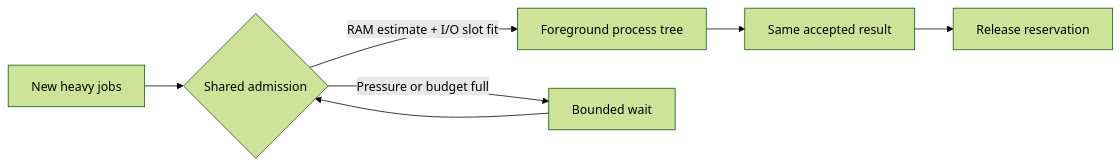
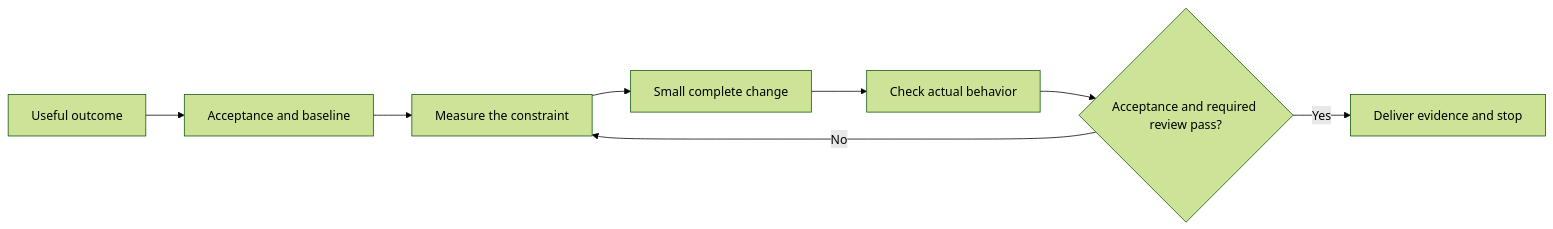
One commit to Supersynergy/AI-Best-Practices changed the diagram in README.md. Above: the diagram before and after it, drawn with Mermaid (forest theme). The commit also changed other lines of this file and 11 other files, not shown here.

````diff
--- a/README.md
+++ b/README.md
@@ -38,9 +31,10 @@
 ```mermaid
 flowchart LR
-    A[New heavy jobs] --> B{Shared admission}
-    B -->|RAM estimate + I/O slot fit| C[Foreground process tree]
-    B -->|Pressure or budget full| D[Bounded wait]
-    D --> B
-    C --> E[Same accepted result]
-    E --> F[Release reservation]
+    A[Useful outcome] --> B[Acceptance and baseline]
+    B --> C[Measure the constraint]
+    C --> D[Small complete change]
+    D --> E[Check actual behavior]
+    E --> F{Acceptance and required review pass?}
+    F -->|Yes| G[Deliver evidence and stop]
+    F -->|No| C
 ```
````
